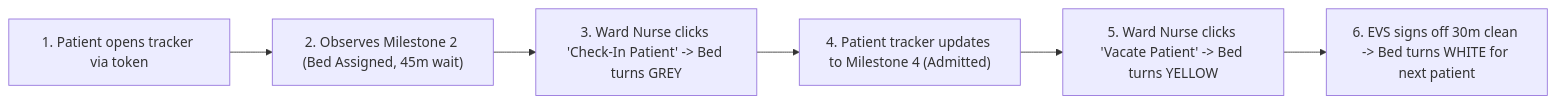
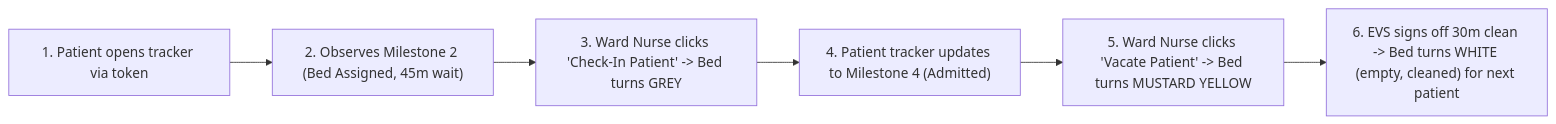
Before and after one commit to jrtan1191dev/enhance-hospital-admissions: the seventh of 7 diagrams in docs/technical-architecture.md, drawn with Mermaid. The commit also changed other lines of this file and 9 other files, not shown here.

````diff
--- a/docs/technical-architecture.md
+++ b/docs/technical-architecture.md
@@ -633,8 +633,8 @@
 ```mermaid
 graph LR
     StepA["1. Patient opens tracker via token"] --> StepB["2. Observes Milestone 2 (Bed Assigned, 45m wait)"]
     StepB --> StepC["3. Ward Nurse clicks 'Check-In Patient' -> Bed turns GREY"]
     StepC --> StepD["4. Patient tracker updates to Milestone 4 (Admitted)"]
-    StepD --> StepE["5. Ward Nurse clicks 'Vacate Patient' -> Bed turns YELLOW"]
-    StepE --> StepF["6. EVS signs off 30m clean -> Bed turns WHITE for next patient"]
+    StepD --> StepE["5. Ward Nurse clicks 'Vacate Patient' -> Bed turns MUSTARD YELLOW"]
+    StepE --> StepF["6. EVS signs off 30m clean -> Bed turns WHITE (empty, cleaned) for next patient"]
 ```
````
